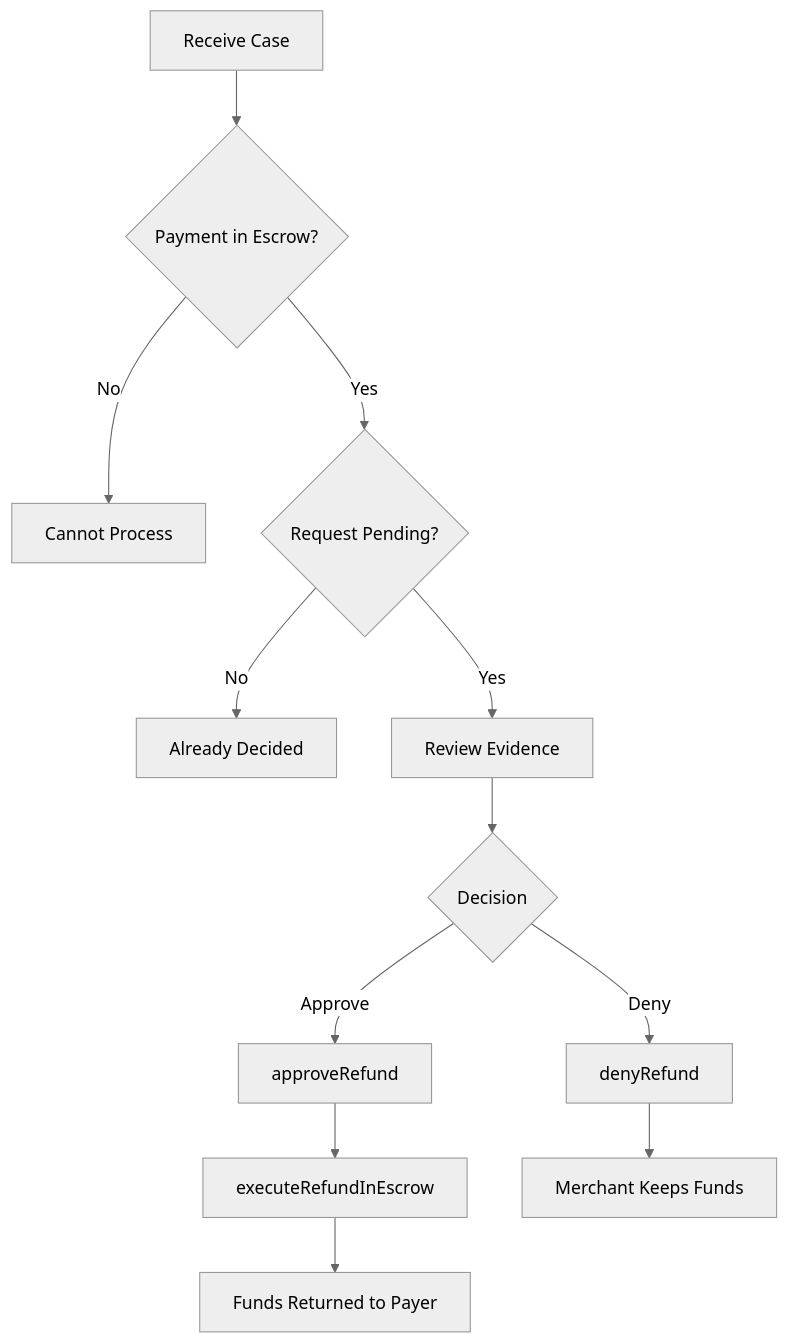
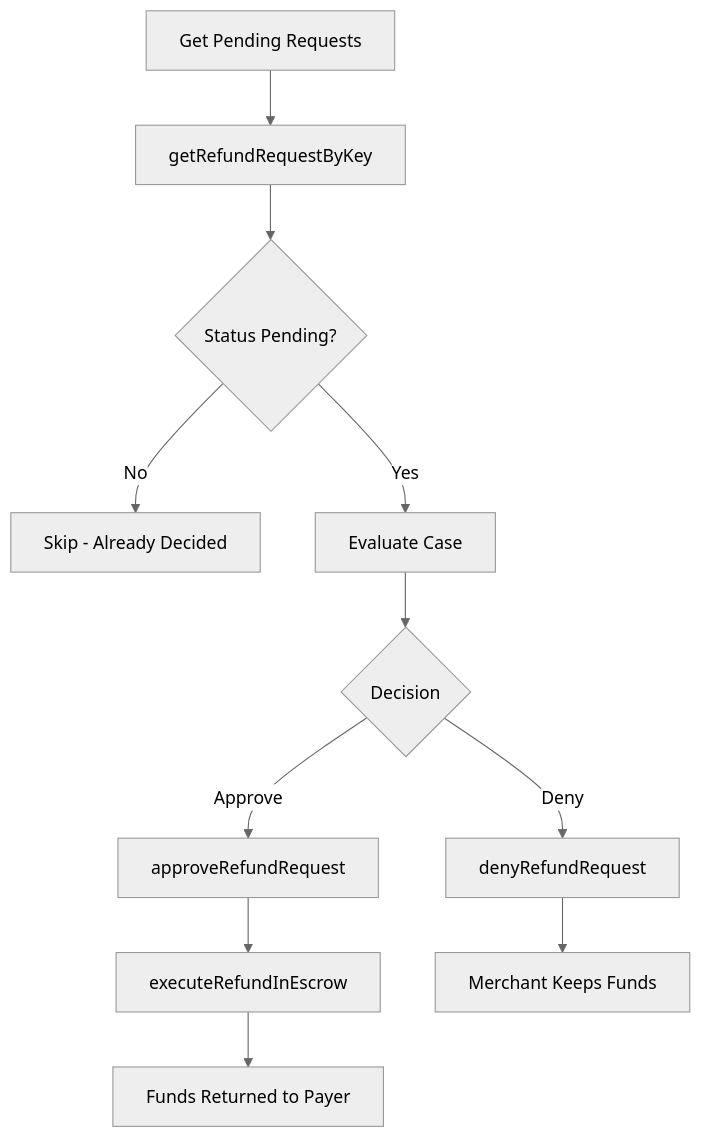
One commit to BackTrackCo/docs changed the diagram in sdk/arbiter/decision-submission.mdx. Above: the diagram before and after it, drawn with Mermaid (neutral theme). The commit also changed other lines of this file and 34 other files, not shown here.

````diff
--- a/sdk/arbiter/decision-submission.mdx
+++ b/sdk/arbiter/decision-submission.mdx
@@ -140,14 +225,13 @@
 ```mermaid
 flowchart TD
-    A[Receive Case] --> B{Payment in Escrow?}
-    B -->|No| C[Cannot Process]
-    B -->|Yes| D{Request Pending?}
-    D -->|No| E[Already Decided]
-    D -->|Yes| F[Review Evidence]
-    F --> G{Decision}
-    G -->|Approve| H[approveRefund]
-    G -->|Deny| I[denyRefund]
-    H --> J[executeRefundInEscrow]
-    J --> K[Funds Returned to Payer]
-    I --> L[Merchant Keeps Funds]
+    A[Get Pending Requests] --> B[getRefundRequestByKey]
+    B --> C{Status Pending?}
+    C -->|No| D[Skip - Already Decided]
+    C -->|Yes| E[Evaluate Case]
+    E --> F{Decision}
+    F -->|Approve| G[approveRefundRequest]
+    F -->|Deny| H[denyRefundRequest]
+    G --> I[executeRefundInEscrow]
+    I --> J[Funds Returned to Payer]
+    H --> K[Merchant Keeps Funds]
 ```
````
